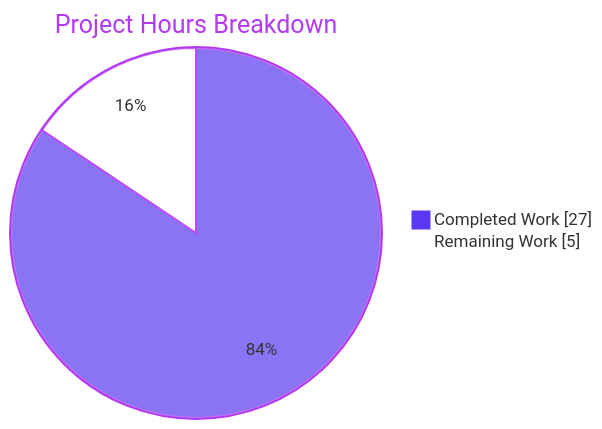
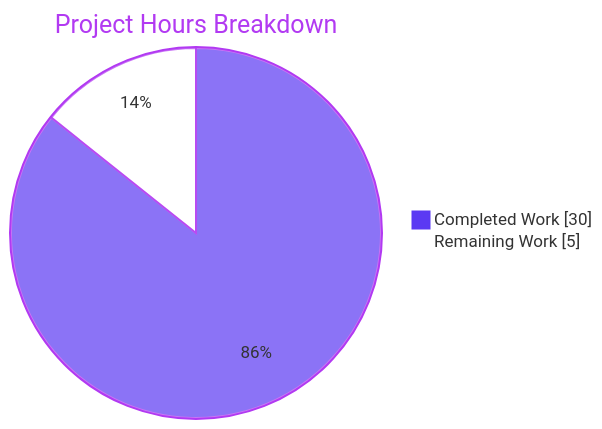
One commit to ajitblitzy/Ajit_GH_Repo-12-Mar-26 changed the second of 3 diagrams in blitzy/documentation/Project Guide.md. Above: the diagram before and after it, drawn with Mermaid. The commit also changed other lines of this file, not shown here.

````diff
--- a/blitzy/documentation/Project Guide.md
+++ b/blitzy/documentation/Project Guide.md
@@ -210,6 +214,6 @@
 ```mermaid
 %%{init: {"theme": "base", "themeVariables": {"pie1": "#5B39F3", "pie2": "#FFFFFF", "pieStrokeColor": "#B23AF2", "pieOuterStrokeColor": "#B23AF2", "pieTitleTextColor": "#B23AF2"}}}%%
 pie showData title Project Hours Breakdown
-    "Completed Work" : 27
+    "Completed Work" : 30
     "Remaining Work" : 5
 ```
````
